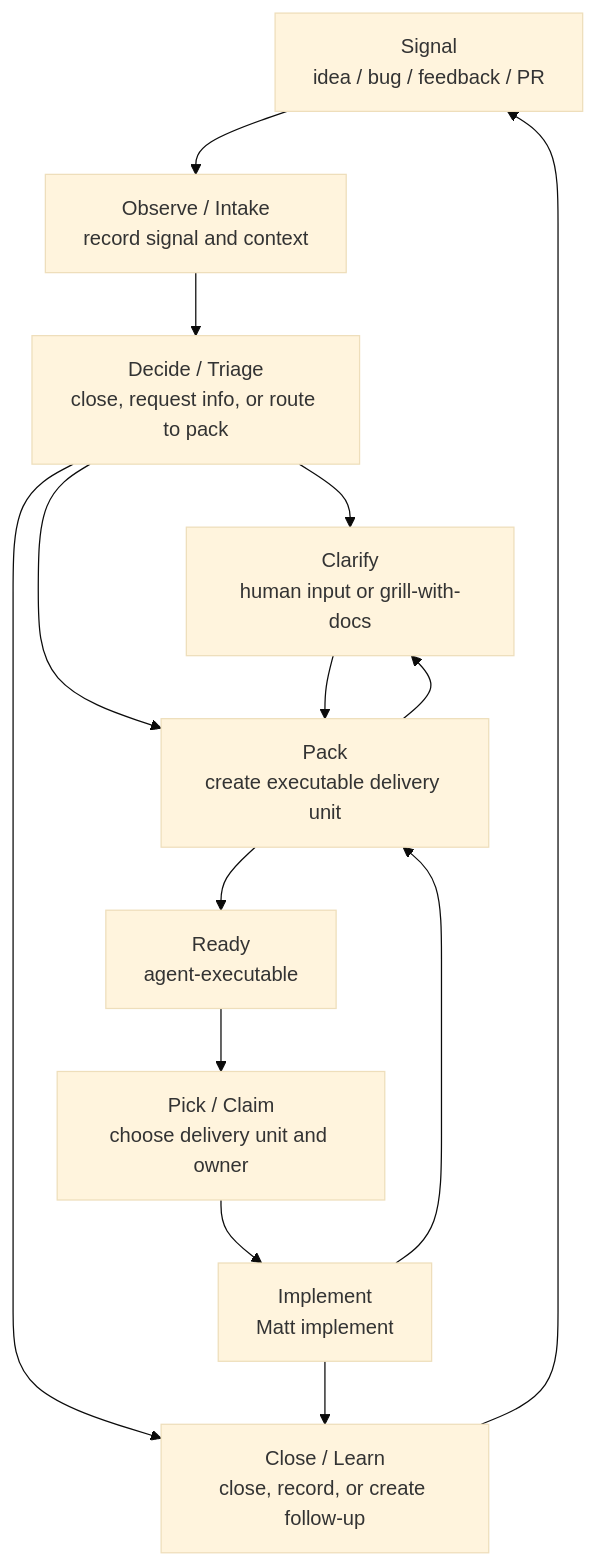
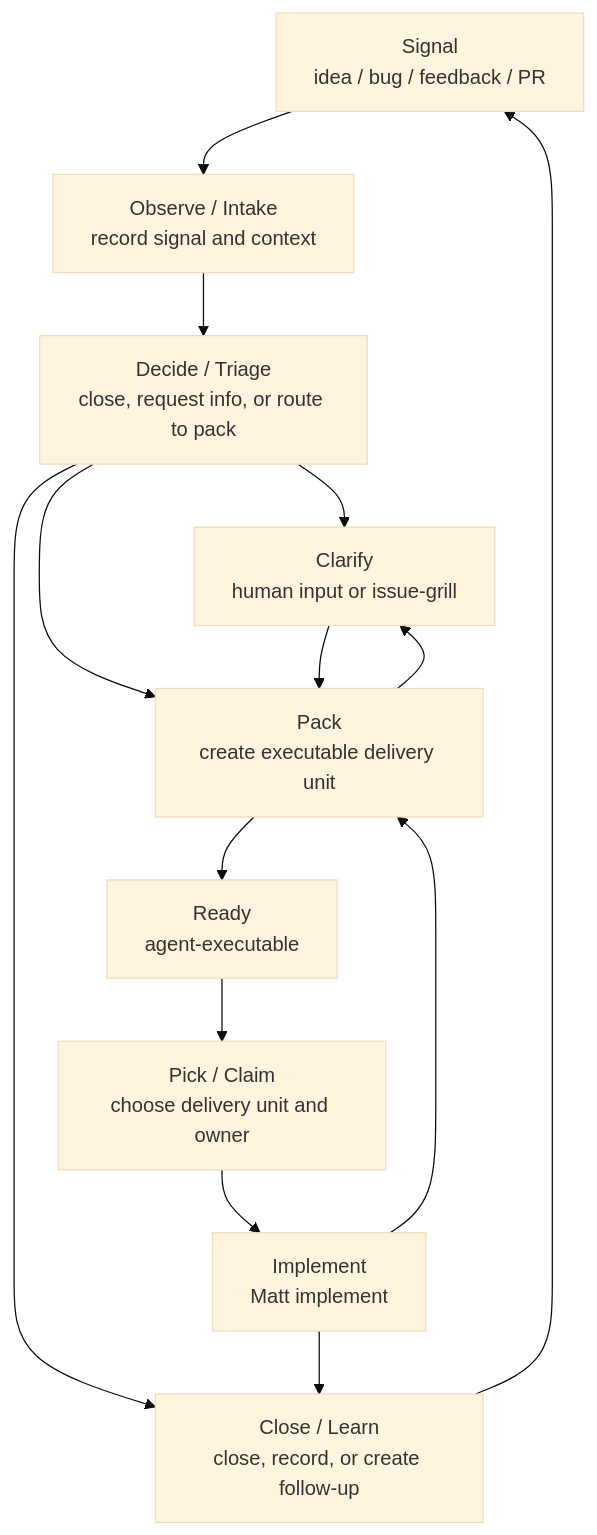
Before and after one commit to Andiedie/skills: the diagram in skills/ai-native-development/docs/delivery-loop.md, drawn with Mermaid (base theme). The commit also changed other lines of this file and 10 other files, not shown here.

Commit message:
Add tracker-safe issue grill skill

````diff
--- a/skills/ai-native-development/docs/delivery-loop.md
+++ b/skills/ai-native-development/docs/delivery-loop.md
@@ -73,26 +73,26 @@
 ```mermaid
 flowchart TD
   Signal["Signal<br/>idea / bug / feedback / PR"]
   Intake["Observe / Intake<br/>record signal and context"]
   Triage["Decide / Triage<br/>close, request info, or route to pack"]
-  Info["Clarify<br/>human input or grill-with-docs"]
+  Info["Clarify<br/>human input or issue-grill"]
   Pack["Pack<br/>create executable delivery unit"]
   Ready["Ready<br/>agent-executable"]
   Claim["Pick / Claim<br/>choose delivery unit and owner"]
   Implement["Implement<br/>Matt implement"]
   Closed["Close / Learn<br/>close, record, or create follow-up"]
 
   Signal --> Intake
   Intake --> Triage
   Triage --> Closed
   Triage --> Info
   Triage --> Pack
   Info --> Pack
   Pack --> Info
   Pack --> Ready
   Ready --> Claim
   Claim --> Implement
   Implement --> Pack
   Implement --> Closed
   Closed --> Signal
 ```
````
